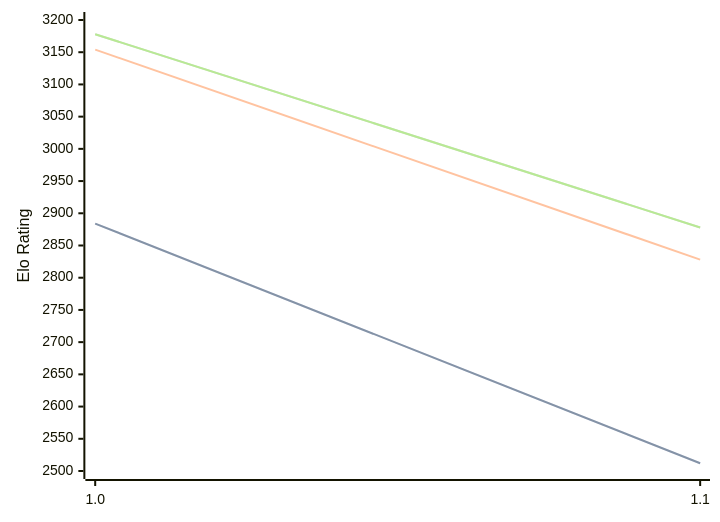
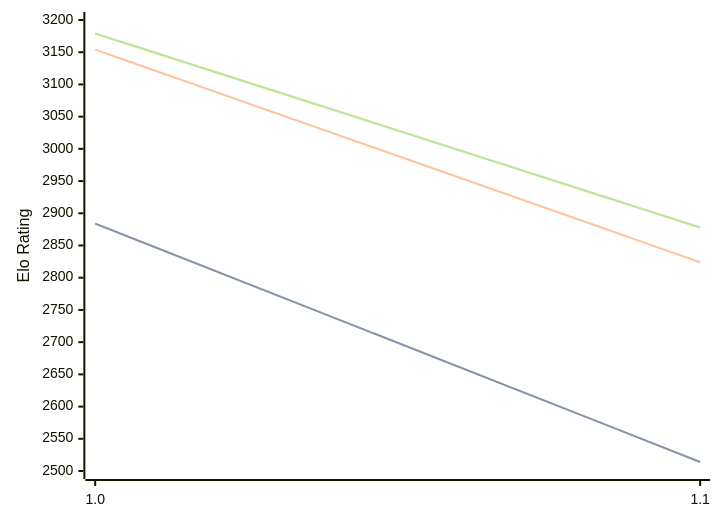
Before and after one commit to computer-chess-index/cci: the diagram in engines/Publius.md, drawn with Mermaid. The commit also changed other lines of this file, not shown here.

Commit message:
Update CCI Ratings (ELO VLTC) - 2026-03-02

````diff
--- a/engines/Publius.md
+++ b/engines/Publius.md
@@ -30,11 +30,11 @@
 ```mermaid
 %%{init: {"theme":"base","themeVariables":{"seriesColors:['#a3a3a3','#222221','#faa371']}}}%%
 xychart-beta
   x-axis ["1.0", "1.1"]
   y-axis "Elo Rating" 2500 --> 3200
-  line "STC (8.0+0.08s)" [2884, 2512]
-  line "STC (8.0+0.08s)" [2884, 2512]
-  line "LTC (60.0+0.60s)" [3154, 2828]
-  line "VLTC (2m24s+1.12s)" [3178, 2878]
-  line "VLTC (2m24s+1.12s)" [3178, 2878]
+  line "STC (8.0+0.08s)" [2884, 2514]
+  line "STC (8.0+0.08s)" [2884, 2514]
+  line "LTC (60.0+0.60s)" [3154, 2824]
+  line "VLTC (2m24s+1.12s)" [3179, 2878]
+  line "VLTC (2m24s+1.12s)" [3179, 2878]
 ```
````
